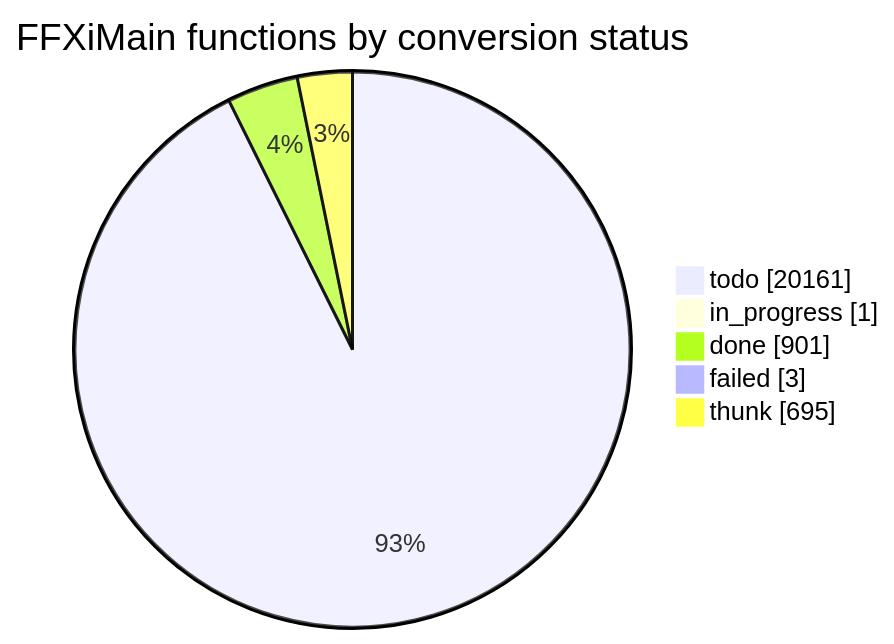
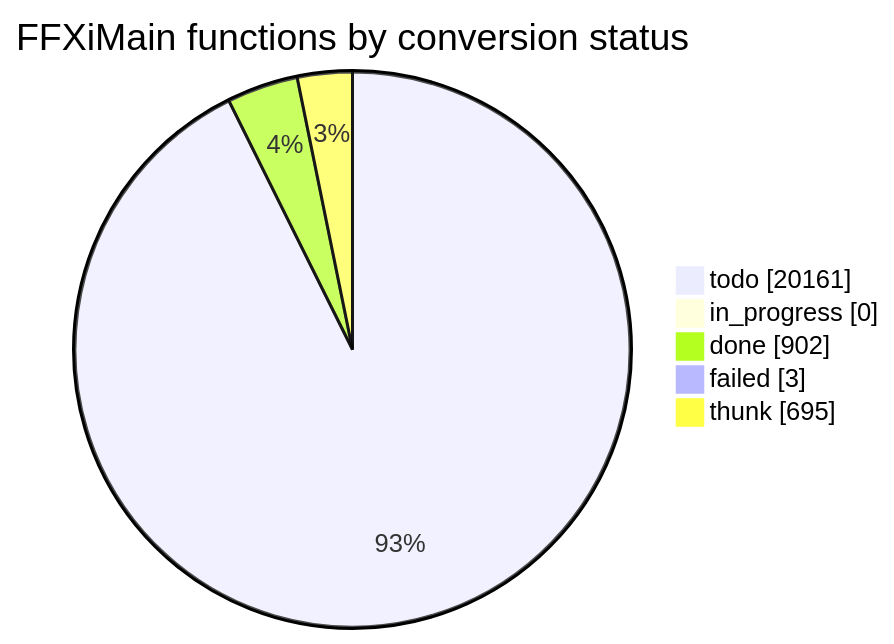
One commit to cowrevenge/cow_kuluu_xi_anything changed the diagram in docs/cow/STATUS.md. Above: the diagram before and after it, drawn with Mermaid. The commit also changed other lines of this file and 9 other files, not shown here.

````diff
--- a/docs/cow/STATUS.md
+++ b/docs/cow/STATUS.md
@@ -18,9 +18,9 @@
 ```mermaid
 pie showData
     title FFXiMain functions by conversion status
     "todo" : 20161
-    "in_progress" : 1
-    "done" : 901
+    "in_progress" : 0
+    "done" : 902
     "failed" : 3
     "thunk" : 695
 ```
````
